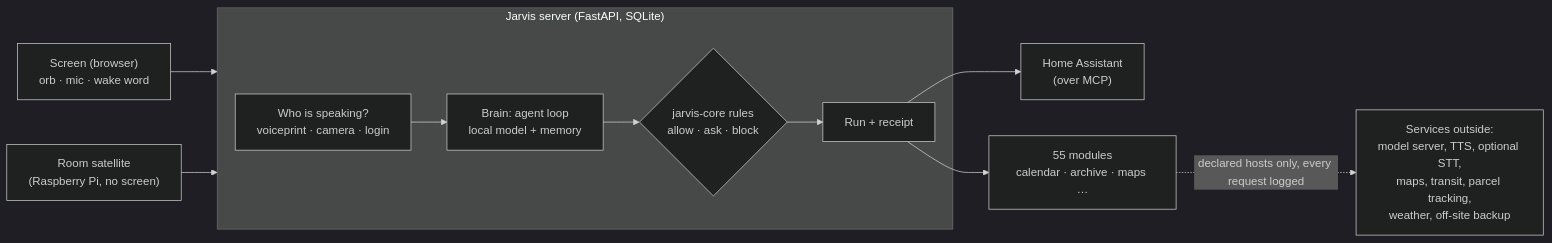
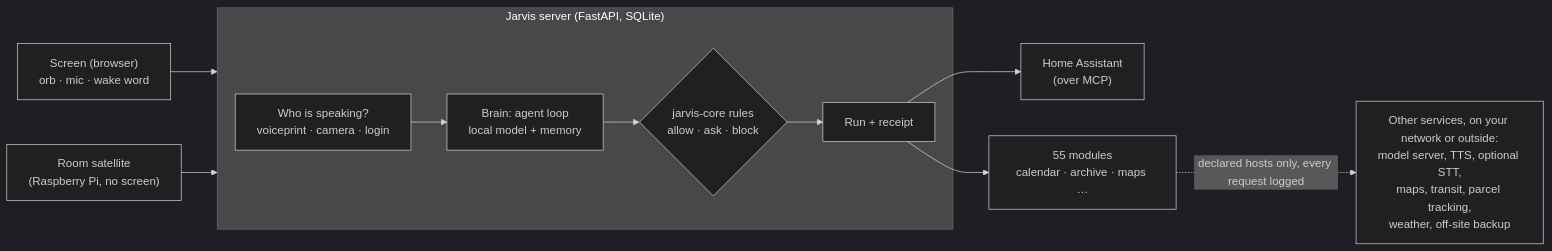
Before and after one commit to Tardisyuan/jarvis-showcase: the diagram in docs/architecture.md, drawn with Mermaid (dark theme). The commit also changed other lines of this file and 15 other files, not shown here.

````diff
--- a/docs/architecture.md
+++ b/docs/architecture.md
@@ -9,13 +15,13 @@
 ```mermaid
 flowchart LR
   screen["Screen (browser)<br/>orb · mic · wake word"] --> server
   sat["Room satellite<br/>(Raspberry Pi, no screen)"] --> server
   subgraph server["Jarvis server (FastAPI, SQLite)"]
     who["Who is speaking?<br/>voiceprint · camera · login"] --> brain["Brain: agent loop<br/>local model + memory"]
     brain --> rules{"jarvis-core rules<br/>allow · ask · block"}
     rules --> act["Run + receipt"]
   end
   act --> ha["Home Assistant<br/>(over MCP)"]
   act --> mods["55 modules<br/>calendar · archive · maps …"]
-  mods -.->|declared hosts only, every request logged| out["Services outside:<br/>model server, TTS, optional STT,<br/>maps, transit, parcel tracking,<br/>weather, off-site backup"]
+  mods -.->|declared hosts only, every request logged| out["Other services, on your network or outside:<br/>model server, TTS, optional STT,<br/>maps, transit, parcel tracking,<br/>weather, off-site backup"]
 ```
````
